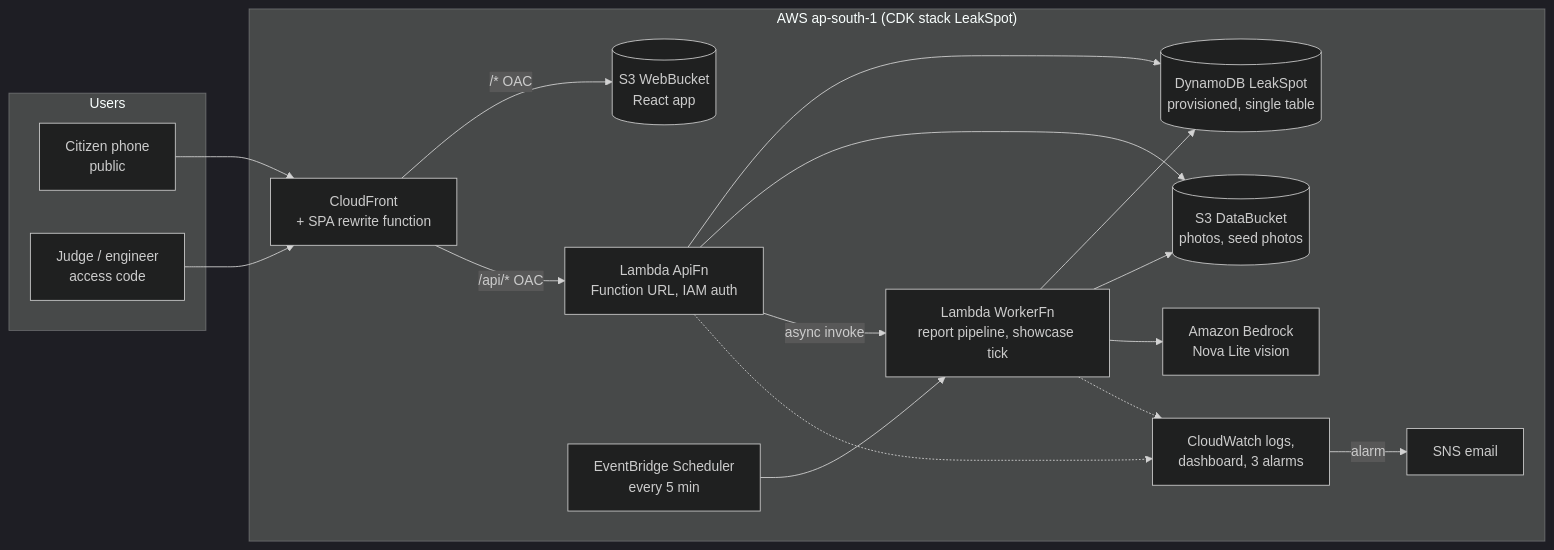
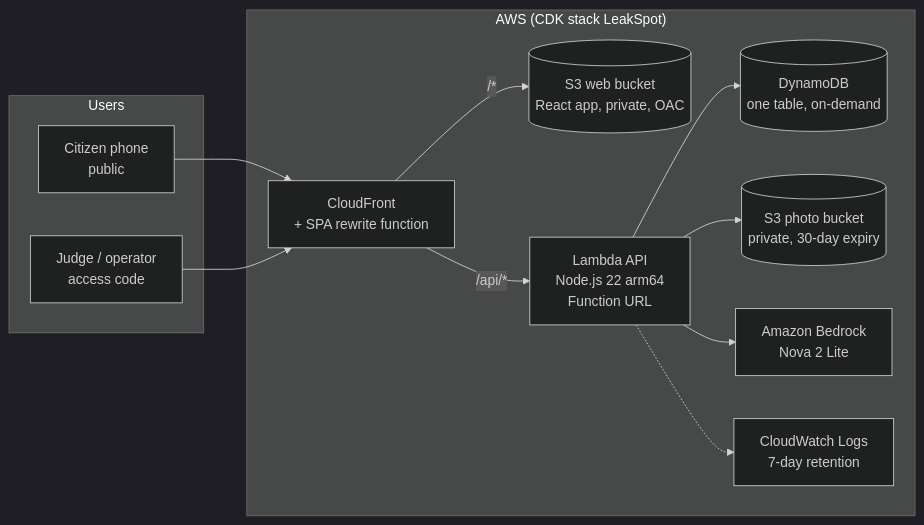
The diagram in docs/ARCHITECTURE.md (THE-S0HAM/leakspot), drawn with Mermaid (dark theme) before and after one commit. The commit also changed other lines of this file and 3 other files, not shown here.

First line of the commit message:
docs: architecture, costs and decisions match the deployed stack

````diff
--- a/docs/ARCHITECTURE.md
+++ b/docs/ARCHITECTURE.md
@@ -5,33 +5,24 @@
 ```mermaid
 flowchart LR
   subgraph Users
     C[Citizen phone<br/>public]
-    J[Judge / engineer<br/>access code]
+    J[Judge / operator<br/>access code]
   end
-  subgraph AWS["AWS ap-south-1 (CDK stack LeakSpot)"]
+  subgraph AWS["AWS (CDK stack LeakSpot)"]
     CF[CloudFront<br/>+ SPA rewrite function]
-    WB[(S3 WebBucket<br/>React app)]
-    API[Lambda ApiFn<br/>Function URL, IAM auth]
-    WK[Lambda WorkerFn<br/>report pipeline, showcase tick]
-    DB[(DynamoDB LeakSpot<br/>provisioned, single table)]
-    DATA[(S3 DataBucket<br/>photos, seed photos)]
-    BR[Amazon Bedrock<br/>Nova Lite vision]
-    SCH[EventBridge Scheduler<br/>every 5 min]
-    CW[CloudWatch logs,<br/>dashboard, 3 alarms]
-    SNS[SNS email]
+    WB[(S3 web bucket<br/>React app, private, OAC)]
+    API[Lambda API<br/>Node.js 22 arm64<br/>Function URL]
+    DB[(DynamoDB<br/>one table, on-demand)]
+    PH[(S3 photo bucket<br/>private, 30-day expiry)]
+    BR[Amazon Bedrock<br/>Nova 2 Lite]
+    CW[CloudWatch Logs<br/>7-day retention]
   end
   C --> CF
   J --> CF
-  CF -- "/*" OAC --> WB
-  CF -- "/api/*" OAC --> API
+  CF -- "/*" --> WB
+  CF -- "/api/*" --> API
   API --> DB
-  API --> DATA
-  API -- async invoke --> WK
-  WK --> DB
-  WK --> DATA
-  WK --> BR
-  SCH --> WK
+  API --> PH
+  API --> BR
   API -.-> CW
-  WK -.-> CW
-  CW -- alarm --> SNS
 ```
````
